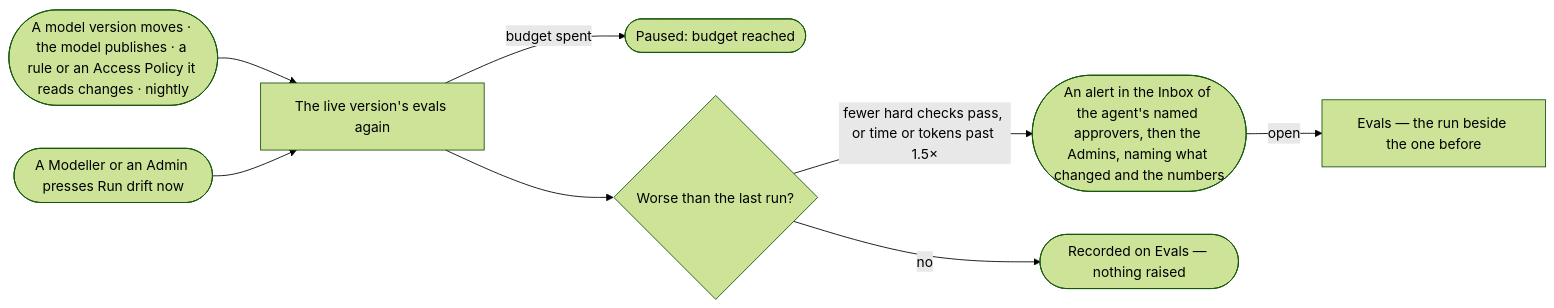
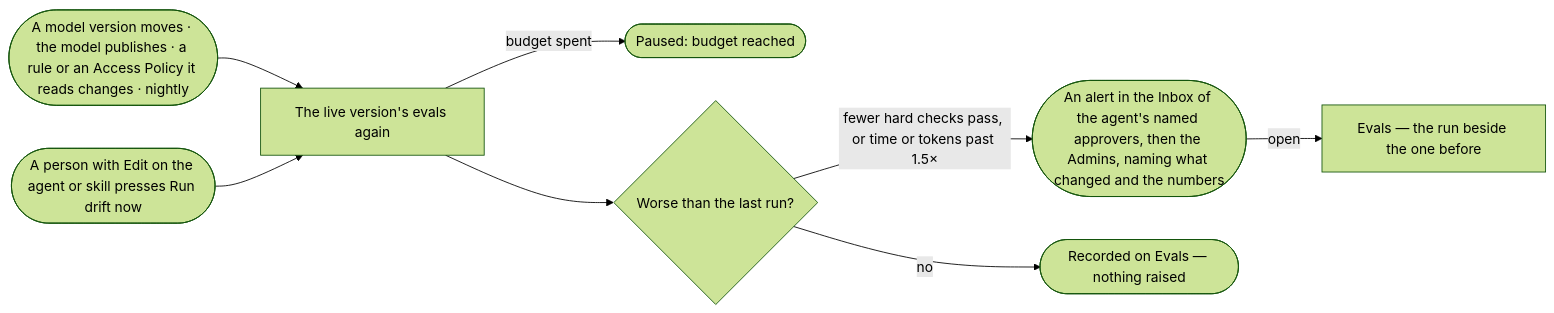
One commit to invana/invana changed the diagram in specs/capabilities/agents/features/AG-F10-test-an-agent-and-a-skill/stories/AG-58-catch-an-agent-or-a-skill-getting-worse/story.md. Above: the diagram before and after it, drawn with Mermaid (forest theme). The commit also changed other lines of this file and 228 other files, not shown here.

````diff
--- a/specs/capabilities/agents/features/AG-F10-test-an-agent-and-a-skill/stories/AG-58-catch-an-agent-or-a-skill-getting-worse/story.md
+++ b/specs/capabilities/agents/features/AG-F10-test-an-agent-and-a-skill/stories/AG-58-catch-an-agent-or-a-skill-getting-worse/story.md
@@ -29,10 +29,10 @@
 ```mermaid
 flowchart LR
   m([A model version moves · the model publishes · a rule or an Access Policy it reads changes · nightly]) --> d["The live version's evals again"]
-  o([A Modeller or an Admin presses Run drift now]) --> d
+  o([A person with Edit on the agent or skill presses Run drift now]) --> d
   d -->|budget spent| p(["Paused: budget reached"])
   d --> c{"Worse than the last run?"}
   c -->|fewer hard checks pass, or time or tokens past 1.5×| a(["An alert in the Inbox of the agent's named approvers, then the Admins, naming what changed and the numbers"])
   c -->|no| ok(["Recorded on Evals — nothing raised"])
   a -->|open| ev["Evals — the run beside the one before"]
 ```
````
